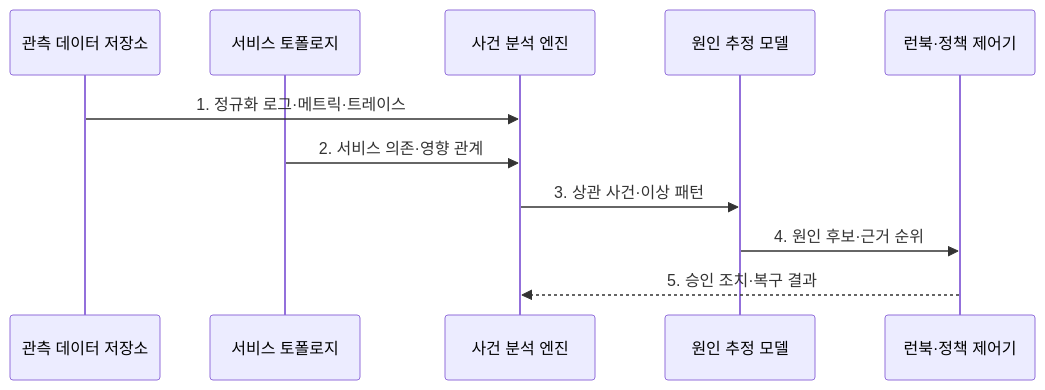
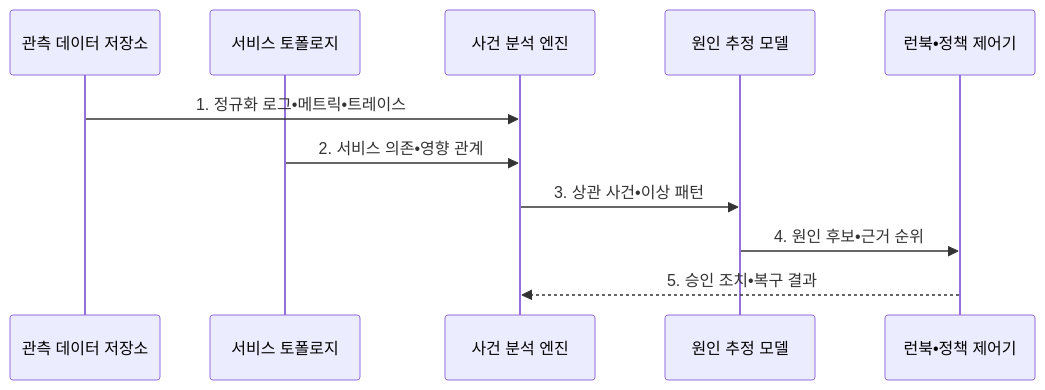
Before and after one commit to agnusdei1207/knowledge-base: the second of 2 diagrams in src/content/docs/notes/08-latest-tech/130_aiops.md, drawn with Mermaid. The commit also changed other lines of this file and 953 other files, not shown here.

````diff
--- a/src/content/docs/notes/08-latest-tech/130_aiops.md
+++ b/src/content/docs/notes/08-latest-tech/130_aiops.md
@@ -106,13 +106,13 @@
 ```mermaid
 sequenceDiagram
   participant T as 관측 데이터 저장소
   participant S as 서비스 토폴로지
   participant I as 사건 분석 엔진
   participant C as 원인 추정 모델
-  participant R as 런북·정책 제어기
-  T->>I: 1. 정규화 로그·메트릭·트레이스
-  S->>I: 2. 서비스 의존·영향 관계
-  I->>C: 3. 상관 사건·이상 패턴
-  C->>R: 4. 원인 후보·근거 순위
-  R-->>I: 5. 승인 조치·복구 결과
+  participant R as 런북•정책 제어기
+  T->>I: 1. 정규화 로그•메트릭•트레이스
+  S->>I: 2. 서비스 의존•영향 관계
+  I->>C: 3. 상관 사건•이상 패턴
+  C->>R: 4. 원인 후보•근거 순위
+  R-->>I: 5. 승인 조치•복구 결과
 ```
````
